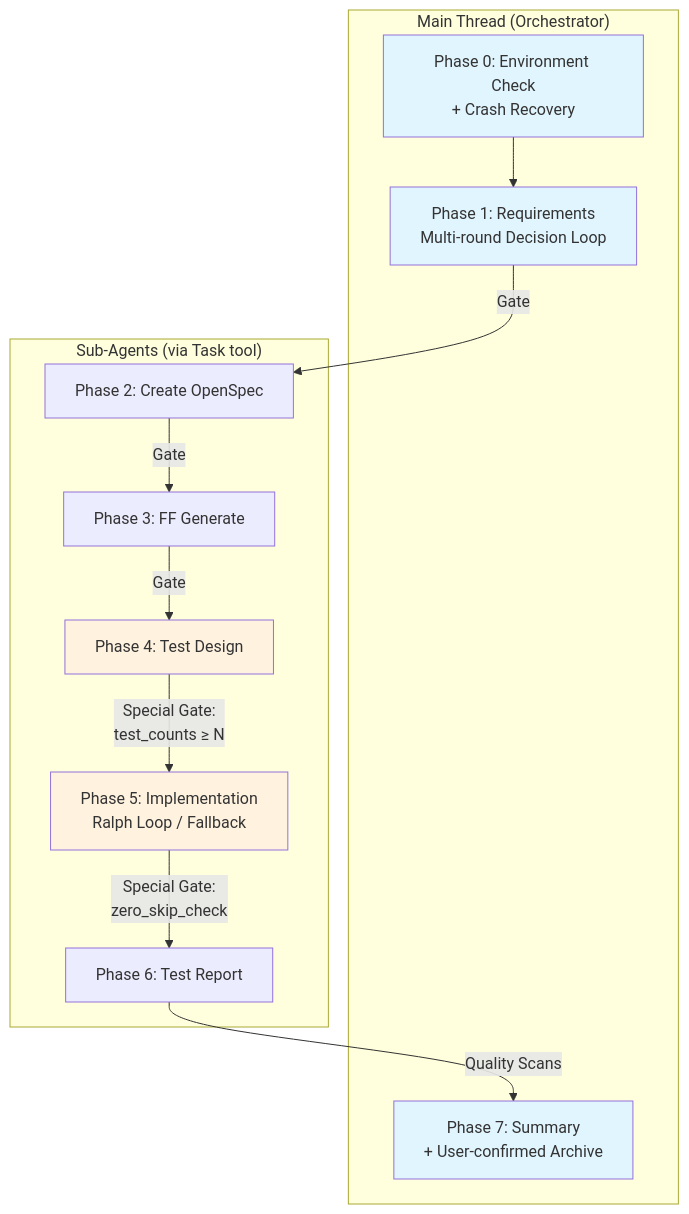
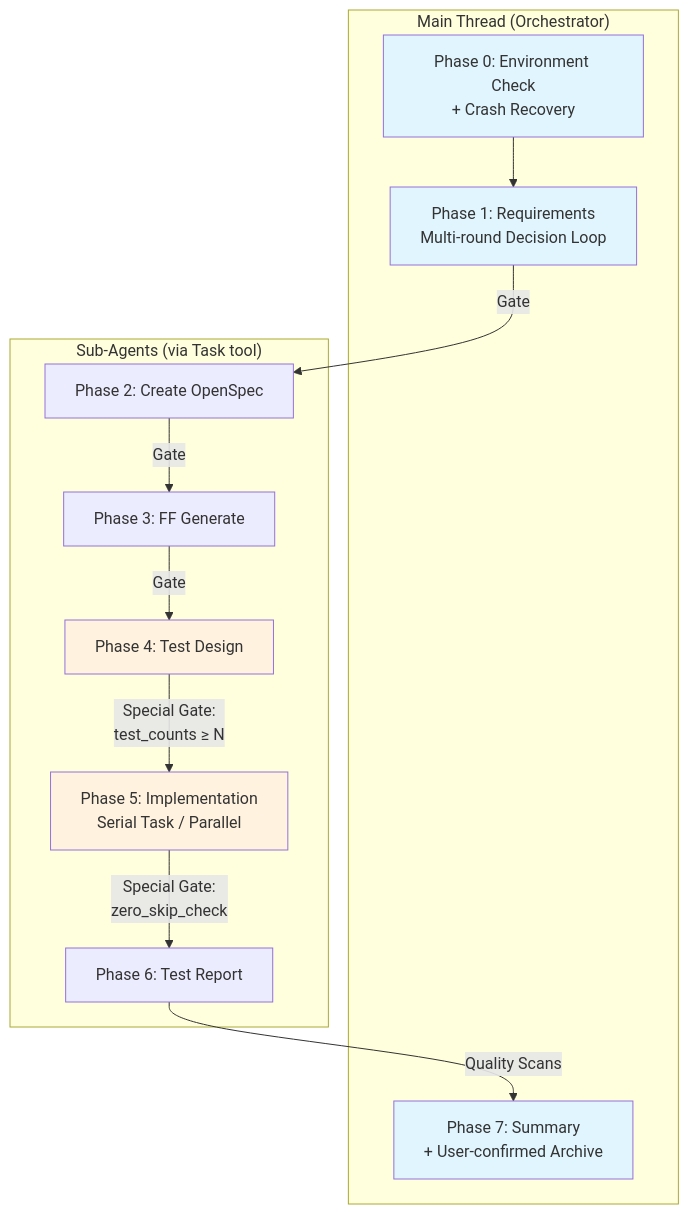
One commit to lorainwings/claude-autopilot changed the first of 4 diagrams in plugins/spec-autopilot/README.md. Above: the diagram before and after it, drawn with Mermaid. The commit also changed 4 other files, not shown here.

First line of the commit message:
fix: config-schema 对齐 + 文档清理 + 专项测试用例

````diff
--- a/plugins/spec-autopilot/README.md
+++ b/plugins/spec-autopilot/README.md
@@ -25,30 +25,30 @@
 ```mermaid
 graph TB
     subgraph "Main Thread (Orchestrator)"
         P0[Phase 0: Environment Check<br/>+ Crash Recovery]
         P1[Phase 1: Requirements<br/>Multi-round Decision Loop]
         P7[Phase 7: Summary<br/>+ User-confirmed Archive]
     end
 
     subgraph "Sub-Agents (via Task tool)"
         P2[Phase 2: Create OpenSpec]
         P3[Phase 3: FF Generate]
         P4[Phase 4: Test Design]
-        P5[Phase 5: Implementation<br/>Ralph Loop / Fallback]
+        P5[Phase 5: Implementation<br/>Serial Task / Parallel]
         P6[Phase 6: Test Report]
     end
 
     P0 --> P1
     P1 -->|Gate| P2
     P2 -->|Gate| P3
     P3 -->|Gate| P4
     P4 -->|Special Gate:<br/>test_counts ≥ N| P5
     P5 -->|Special Gate:<br/>zero_skip_check| P6
     P6 -->|Quality Scans| P7
 
     style P0 fill:#e1f5fe
     style P1 fill:#e1f5fe
     style P7 fill:#e1f5fe
     style P4 fill:#fff3e0
     style P5 fill:#fff3e0
 ```
````
